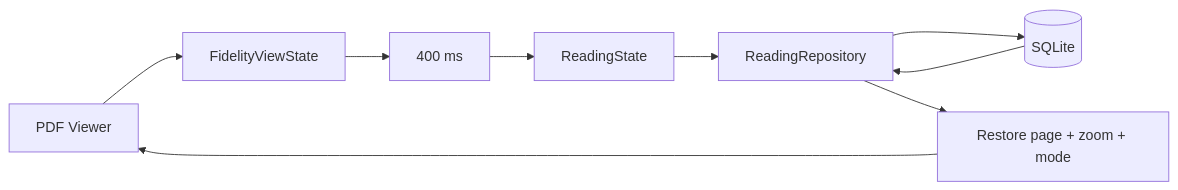
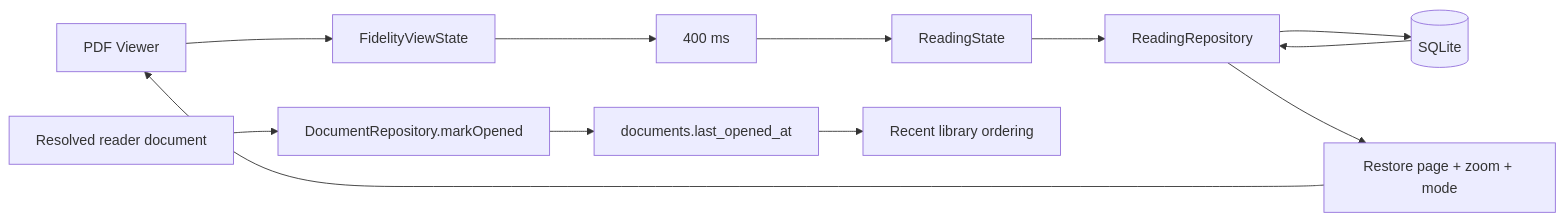
Before and after one commit to aaditya140103/kola: diagram 11 of 17 in docs/PROJECT_GRAPH.md, drawn with Mermaid. The commit also changed other lines of this file and 11 other files, not shown here.

````diff
--- a/docs/PROJECT_GRAPH.md
+++ b/docs/PROJECT_GRAPH.md
@@ -228,5 +234,6 @@
 ```mermaid
 flowchart LR
     PDF[PDF Viewer] --> State[FidelityViewState] --> Debounce[400 ms] --> Reading[ReadingState] --> Repo[ReadingRepository] --> DB[(SQLite)]
     DB --> Repo --> Restore[Restore page + zoom + mode] --> PDF
+    Lookup[Resolved reader document] --> Opened[DocumentRepository.markOpened] --> Recency[documents.last_opened_at] --> Library[Recent library ordering]
 ```
````
